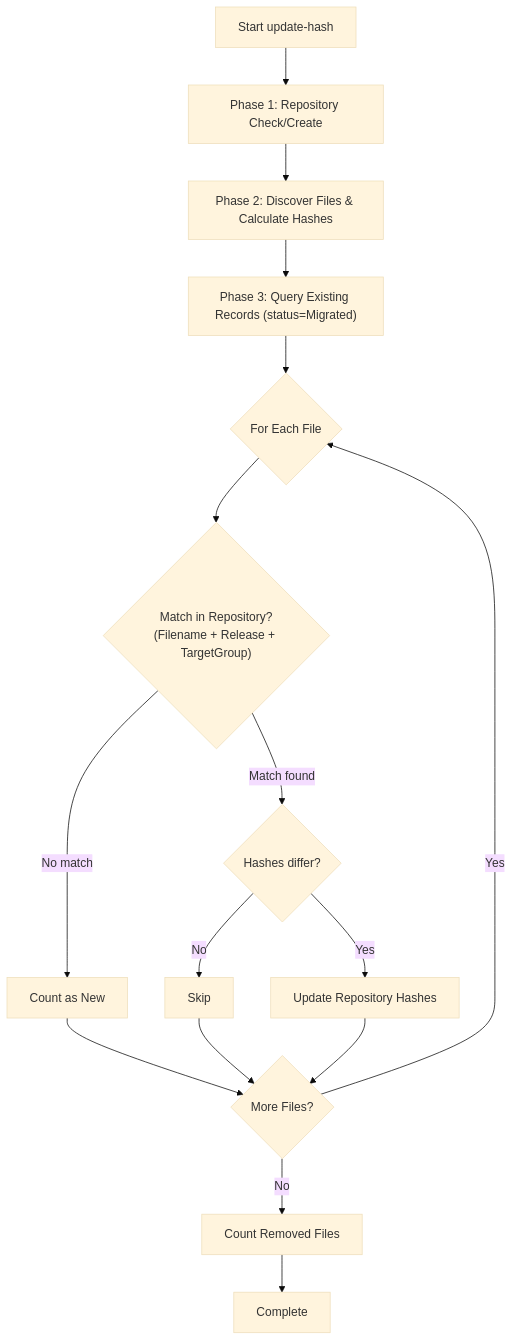
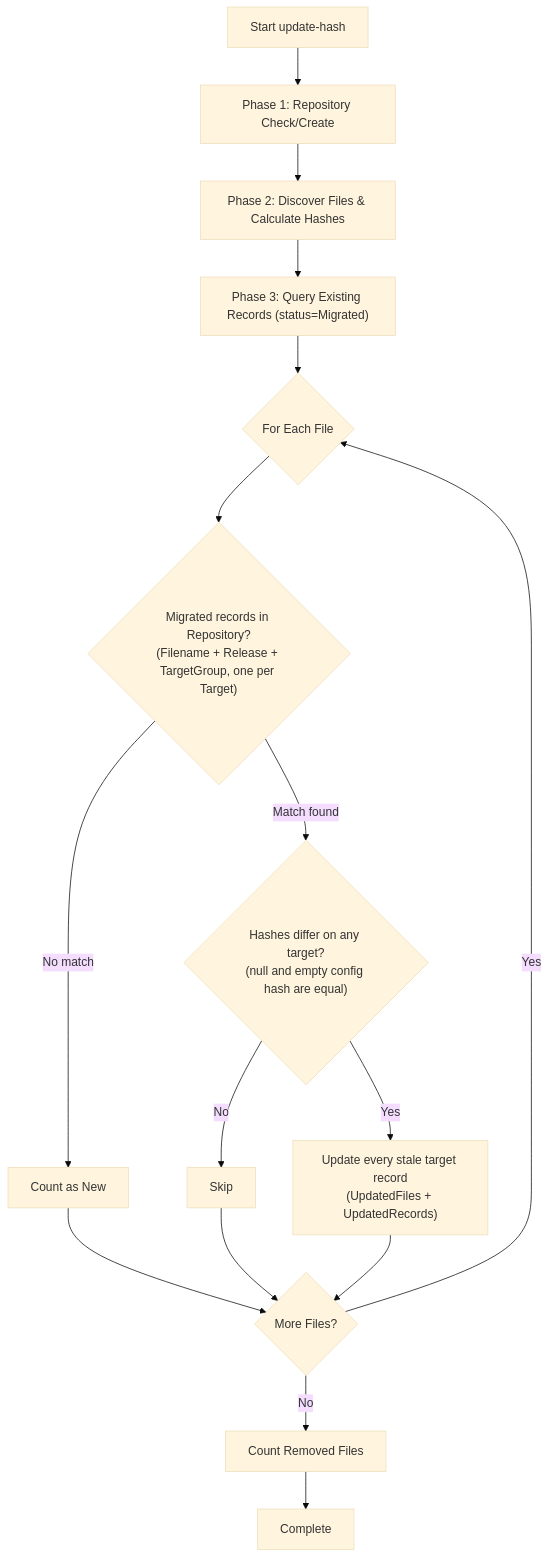
Before and after one commit to RAYCOON/RayMigrator: the diagram in Docs/08-cli-reference/update-hash.md, drawn with Mermaid (base theme). The commit also changed other lines of this file and 16 other files, not shown here.

First line of the commit message:
Make update-hash converge and update every target's record (#9)

````diff
--- a/Docs/08-cli-reference/update-hash.md
+++ b/Docs/08-cli-reference/update-hash.md
@@ -56,18 +56,18 @@
 ```mermaid
 flowchart TD
     A[Start update-hash] --> B["Phase 1: Repository Check/Create"]
     B --> C["Phase 2: Discover Files & Calculate Hashes"]
     C --> D["Phase 3: Query Existing Records (status=Migrated)"]
     D --> E{For Each File}
-    E --> F{"Match in Repository?\n(Filename + Release + TargetGroup)"}
+    E --> F{"Migrated records in Repository?\n(Filename + Release + TargetGroup, one per Target)"}
     F -->|No match| G[Count as New]
-    F -->|Match found| H{Hashes differ?}
+    F -->|Match found| H{"Hashes differ on any target?\n(null and empty config hash are equal)"}
     H -->|No| I[Skip]
-    H -->|Yes| J[Update Repository Hashes]
+    H -->|Yes| J["Update every stale target record\n(UpdatedFiles + UpdatedRecords)"]
     G --> K{More Files?}
     I --> K
     J --> K
     K -->|Yes| E
     K -->|No| L[Count Removed Files]
     L --> M[Complete]
 ```
````
